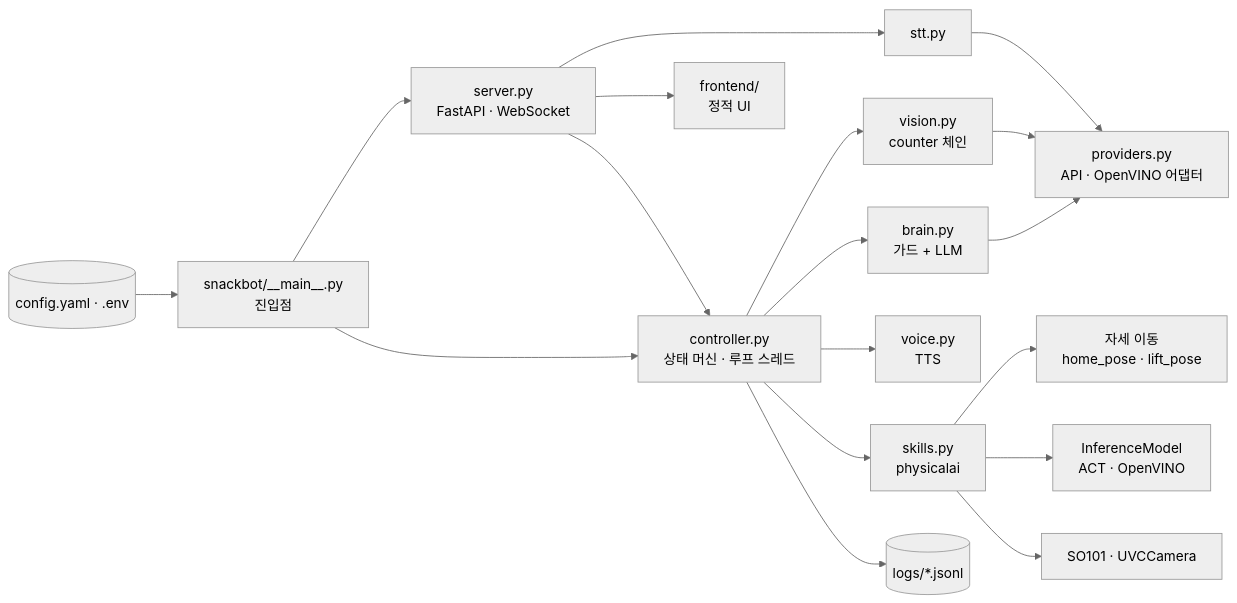
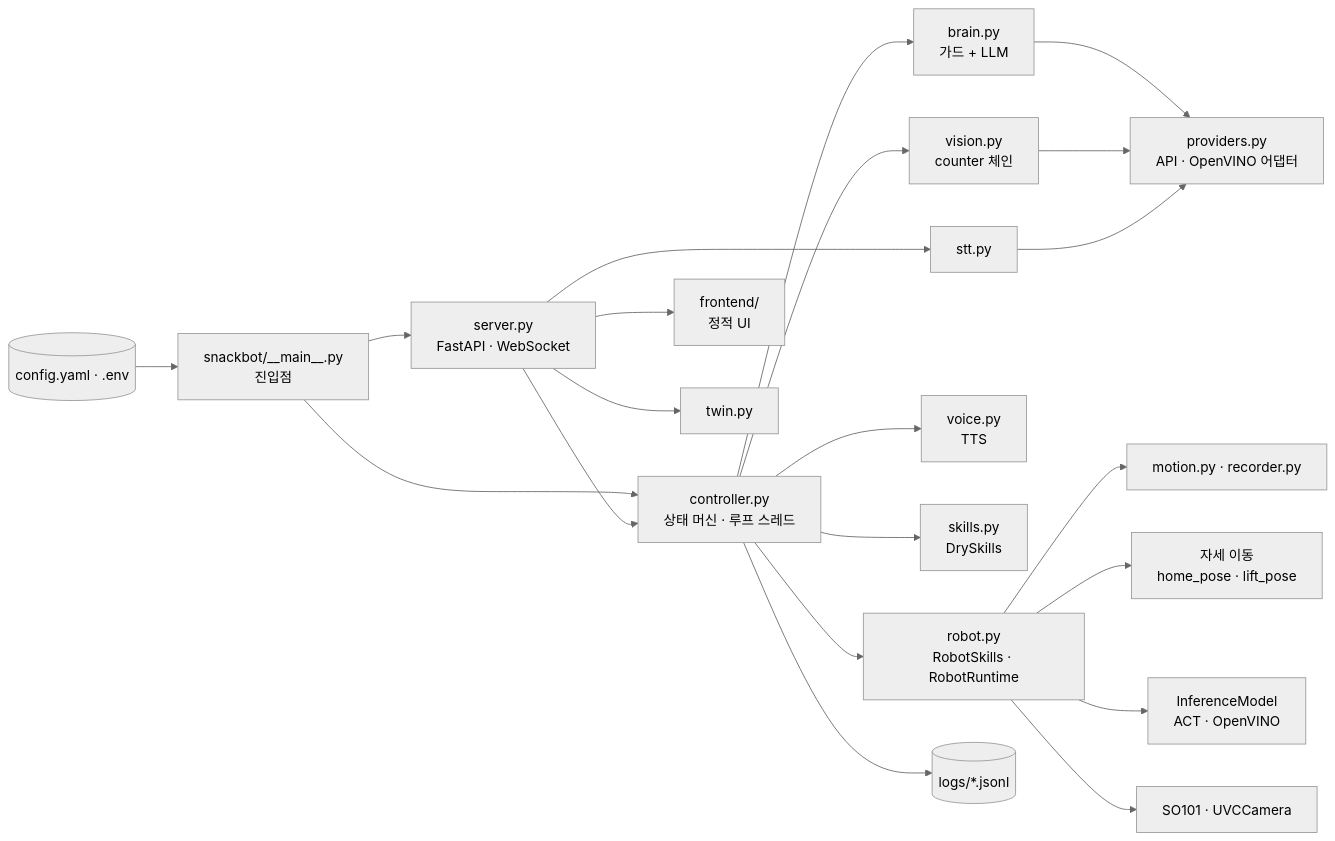
The fifth of 5 diagrams in docs/ARCHITECTURE.md (ttogle918/intel-openvino-homerunball), drawn with Mermaid (neutral theme) before and after one commit. The commit also changed other lines of this file and 5 other files, not shown here.

````diff
--- a/docs/ARCHITECTURE.md
+++ b/docs/ARCHITECTURE.md
@@ -133,33 +137,39 @@
 ```mermaid
 flowchart LR
     CFG[("config.yaml · .env")]
     MAIN["snackbot/__main__.py<br/>진입점"]
     CTRL["controller.py<br/>상태 머신 · 루프 스레드"]
     SRV["server.py<br/>FastAPI · WebSocket"]
     WEB["frontend/<br/>정적 UI"]
     PRV["providers.py<br/>API · OpenVINO 어댑터"]
     BRN["brain.py<br/>가드 + LLM"]
     VIS["vision.py<br/>counter 체인"]
     STT["stt.py"]
     VOC["voice.py<br/>TTS"]
-    SKL["skills.py<br/>physicalai"]
+    SKL["skills.py<br/>DrySkills"]
+    ROB["robot.py<br/>RobotSkills · RobotRuntime"]
+    MOT["motion.py · recorder.py"]
+    TWN["twin.py"]
     LOG[("logs/*.jsonl")]
 
     CFG --> MAIN
     MAIN --> CTRL
     MAIN --> SRV
     SRV --> WEB
     SRV --> CTRL
     SRV --> STT
     CTRL --> BRN
     CTRL --> VIS
     CTRL --> VOC
     CTRL --> SKL
+    CTRL --> ROB
+    ROB --> MOT
+    SRV --> TWN
     CTRL --> LOG
     BRN --> PRV
     VIS --> PRV
     STT --> PRV
-    SKL --> POSE["자세 이동<br/>home_pose · lift_pose"]
-    SKL --> OVACT["InferenceModel<br/>ACT · OpenVINO"]
-    SKL --> HW["SO101 · UVCCamera"]
+    ROB --> POSE["자세 이동<br/>home_pose · lift_pose"]
+    ROB --> OVACT["InferenceModel<br/>ACT · OpenVINO"]
+    ROB --> HW["SO101 · UVCCamera"]
 ```
````
